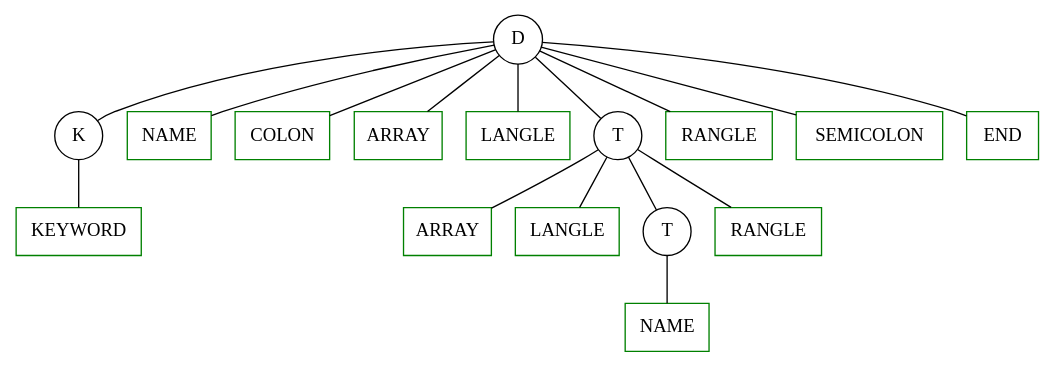
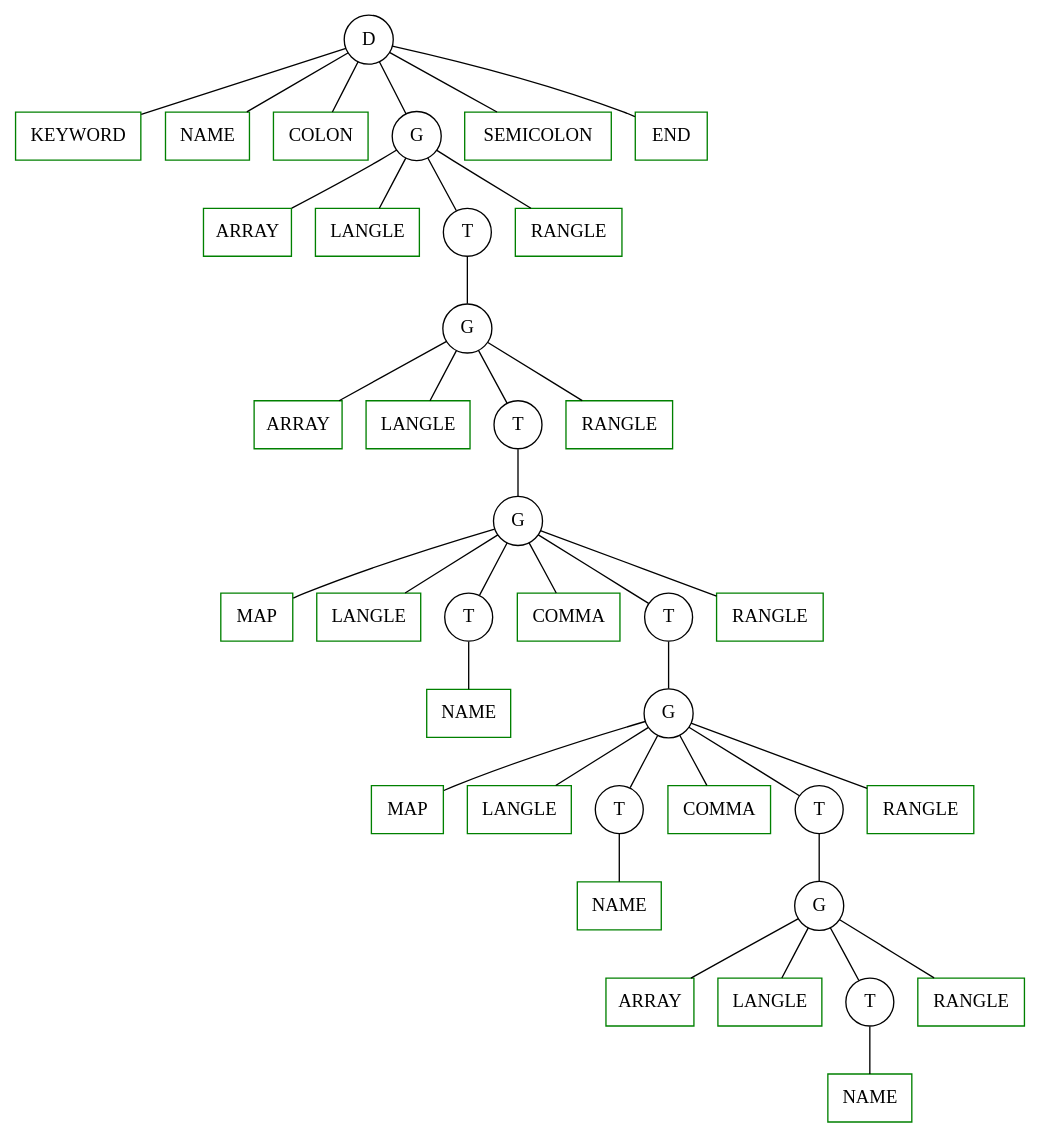
One commit to erov/translation-methods changed the diagram in lab2/KotlinArray/visualizer/test.dot. Above: the diagram before and after it, drawn with Graphviz. The commit also changed 8 other files, not shown here.

```diff
--- a/lab2/KotlinArray/visualizer/test.dot
+++ b/lab2/KotlinArray/visualizer/test.dot
@@ -1,33 +1,77 @@
 strict graph KotlinArray {
     1[label="D" shape=circle];
-    2[label="K" shape=circle];
-    3[label="KEYWORD" shape=box color=green];
-    4[label="NAME" shape=box color=green];
-    5[label="COLON" shape=box color=green];
+    2[label="KEYWORD" shape=box color=green];
+    3[label="NAME" shape=box color=green];
+    4[label="COLON" shape=box color=green];
+    5[label="G" shape=circle];
     6[label="ARRAY" shape=box color=green];
     7[label="LANGLE" shape=box color=green];
     8[label="T" shape=circle];
-    9[label="ARRAY" shape=box color=green];
-    10[label="LANGLE" shape=box color=green];
-    11[label="T" shape=circle];
-    12[label="NAME" shape=box color=green];
-    13[label="RANGLE" shape=box color=green];
-    14[label="RANGLE" shape=box color=green];
-    15[label="SEMICOLON" shape=box color=green];
-    16[label="END" shape=box color=green];
+    9[label="G" shape=circle];
+    10[label="ARRAY" shape=box color=green];
+    11[label="LANGLE" shape=box color=green];
+    12[label="T" shape=circle];
+    13[label="G" shape=circle];
+    14[label="MAP" shape=box color=green];
+    15[label="LANGLE" shape=box color=green];
+    16[label="T" shape=circle];
+    17[label="NAME" shape=box color=green];
+    18[label="COMMA" shape=box color=green];
+    19[label="T" shape=circle];
+    20[label="G" shape=circle];
+    21[label="MAP" shape=box color=green];
+    22[label="LANGLE" shape=box color=green];
+    23[label="T" shape=circle];
+    24[label="NAME" shape=box color=green];
+    25[label="COMMA" shape=box color=green];
+    26[label="T" shape=circle];
+    27[label="G" shape=circle];
+    28[label="ARRAY" shape=box color=green];
+    29[label="LANGLE" shape=box color=green];
+    30[label="T" shape=circle];
+    31[label="NAME" shape=box color=green];
+    32[label="RANGLE" shape=box color=green];
+    33[label="RANGLE" shape=box color=green];
+    34[label="RANGLE" shape=box color=green];
+    35[label="RANGLE" shape=box color=green];
+    36[label="RANGLE" shape=box color=green];
+    37[label="SEMICOLON" shape=box color=green];
+    38[label="END" shape=box color=green];
     1 -- 2;
-    2 -- 3;
+    1 -- 3;
     1 -- 4;
     1 -- 5;
-    1 -- 6;
-    1 -- 7;
-    1 -- 8;
+    5 -- 6;
+    5 -- 7;
+    5 -- 8;
     8 -- 9;
-    8 -- 10;
-    8 -- 11;
-    11 -- 12;
-    8 -- 13;
-    1 -- 14;
-    1 -- 15;
-    1 -- 16;
+    9 -- 10;
+    9 -- 11;
+    9 -- 12;
+    12 -- 13;
+    13 -- 14;
+    13 -- 15;
+    13 -- 16;
+    16 -- 17;
+    13 -- 18;
+    13 -- 19;
+    19 -- 20;
+    20 -- 21;
+    20 -- 22;
+    20 -- 23;
+    23 -- 24;
+    20 -- 25;
+    20 -- 26;
+    26 -- 27;
+    27 -- 28;
+    27 -- 29;
+    27 -- 30;
+    30 -- 31;
+    27 -- 32;
+    20 -- 33;
+    13 -- 34;
+    9 -- 35;
+    5 -- 36;
+    1 -- 37;
+    1 -- 38;
 }
```
